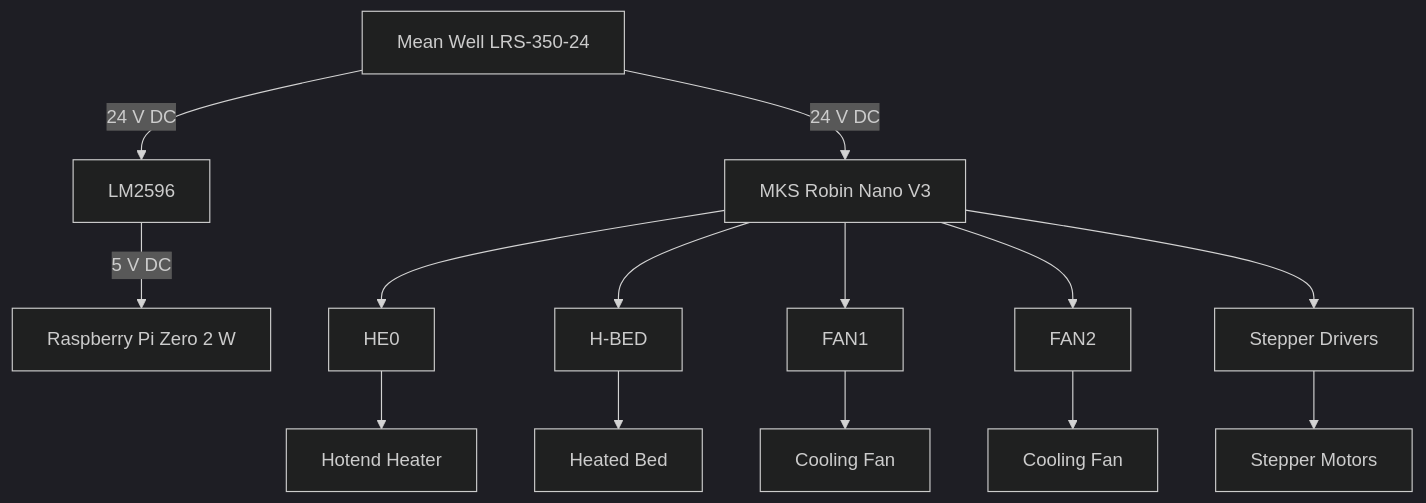
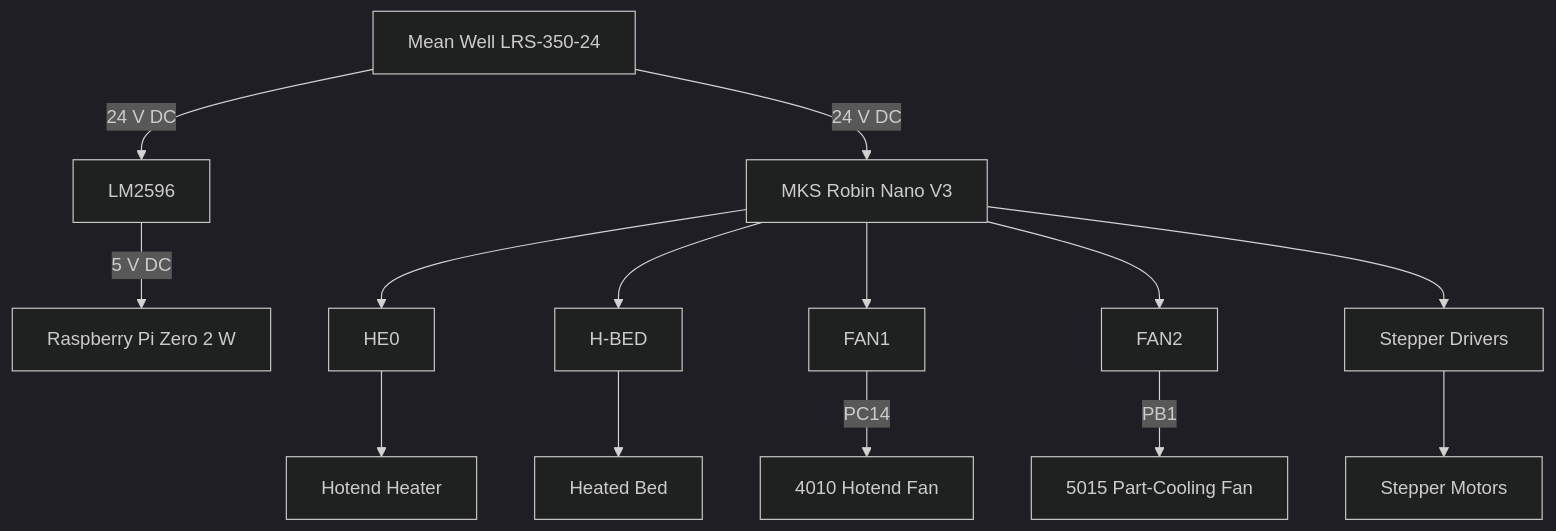
The third of 3 diagrams in docs/3d-printers/my-cloner/wiring/power-distribution.md (EdgarMata/MY-Machines-Docs), drawn with Mermaid (dark theme) before and after one commit. The commit also changed other lines of this file and 68 other files, not shown here.

````diff
--- a/docs/3d-printers/my-cloner/wiring/power-distribution.md
+++ b/docs/3d-printers/my-cloner/wiring/power-distribution.md
@@ -277,36 +275,36 @@
 ```mermaid
 graph TD
     PSU[Mean Well LRS-350-24]
 
     BOARD[MKS Robin Nano V3]
     LM[LM2596]
     PI[Raspberry Pi Zero 2 W]
 
     HE0[HE0]
     BED[H-BED]
     FAN1[FAN1]
     FAN2[FAN2]
     DRIVERS[Stepper Drivers]
 
     HOTEND[Hotend Heater]
     HEATEDBED[Heated Bed]
-    FAN_A[Cooling Fan]
-    FAN_B[Cooling Fan]
+    FAN_A[4010 Hotend Fan]
+    FAN_B[5015 Part-Cooling Fan]
     MOTORS[Stepper Motors]
 
     PSU -->|24 V DC| BOARD
     PSU -->|24 V DC| LM
     LM -->|5 V DC| PI
 
     BOARD --> HE0
     BOARD --> BED
     BOARD --> FAN1
     BOARD --> FAN2
     BOARD --> DRIVERS
 
     HE0 --> HOTEND
     BED --> HEATEDBED
-    FAN1 --> FAN_A
-    FAN2 --> FAN_B
+    FAN1 -->|PC14| FAN_A
+    FAN2 -->|PB1| FAN_B
     DRIVERS --> MOTORS
 ```
````
